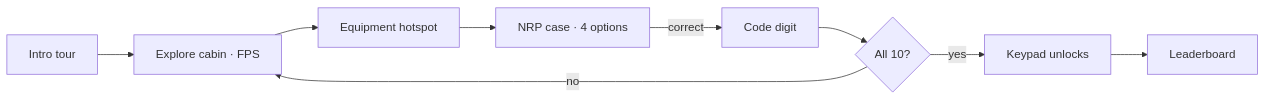
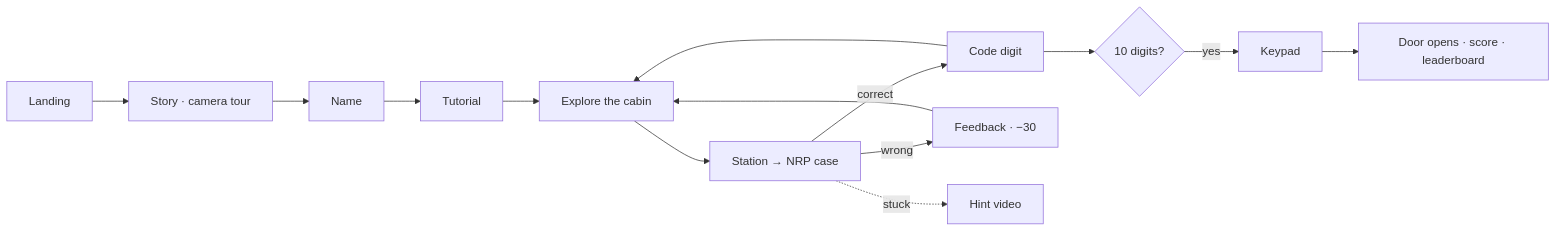
Before and after one commit to kutluhangil/NeoResusEscape_2.0: the diagram in README.md, drawn with Mermaid. The commit also changed other lines of this file and 3 other files, not shown here.

````diff
--- a/README.md
+++ b/README.md
@@ -34,9 +47,10 @@
 ```mermaid
 flowchart LR
-  I[Intro tour] --> E[Explore cabin · FPS]
-  E --> H[Equipment hotspot] --> Q[NRP case · 4 options]
-  Q -- correct --> D[Code digit]
-  D --> K{All 10?}
-  K -- no --> E
-  K -- yes --> U[Keypad unlocks] --> L[Leaderboard]
+  L[Landing] --> S[Story · camera tour] --> N[Name] --> T[Tutorial] --> P[Explore the cabin]
+  P --> Q[Station → NRP case]
+  Q -- correct --> D[Code digit] --> P
+  Q -- wrong --> W[Feedback · −30] --> P
+  Q -. stuck .-> H[Hint video]
+  D --> K{10 digits?}
+  K -- yes --> KP[Keypad] --> O[Door opens · score · leaderboard]
 ```
````
